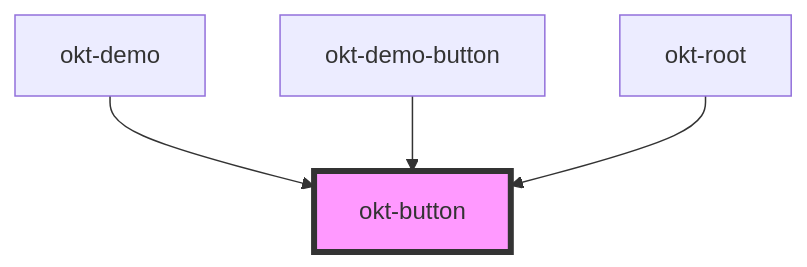
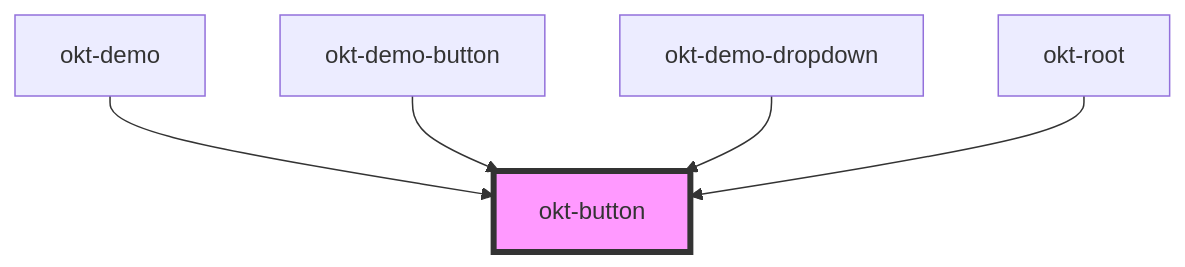
Before and after one commit to oktopusdgtl/bulma-components: the diagram in src/components/button/readme.md, drawn with Mermaid. The commit also changed other lines of this file and 31 other files, not shown here.

````diff
--- a/src/components/button/readme.md
+++ b/src/components/button/readme.md
@@ -38,7 +39,8 @@
 ```mermaid
 graph TD;
   okt-demo --> okt-button
   okt-demo-button --> okt-button
+  okt-demo-dropdown --> okt-button
   okt-root --> okt-button
   style okt-button fill:#f9f,stroke:#333,stroke-width:4px
 ```
````
